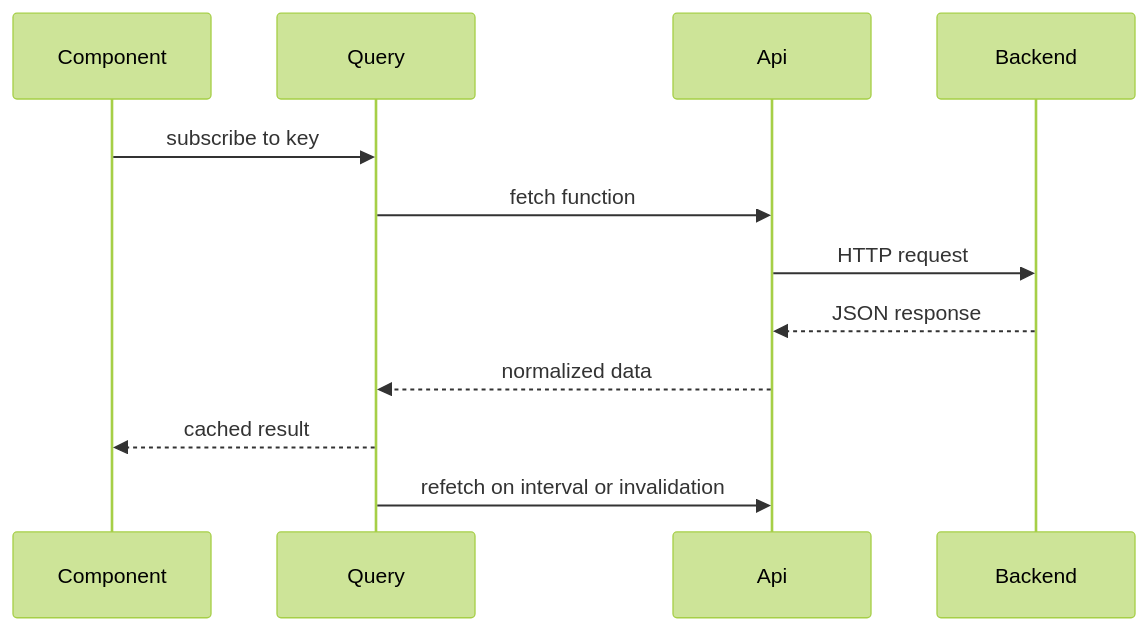
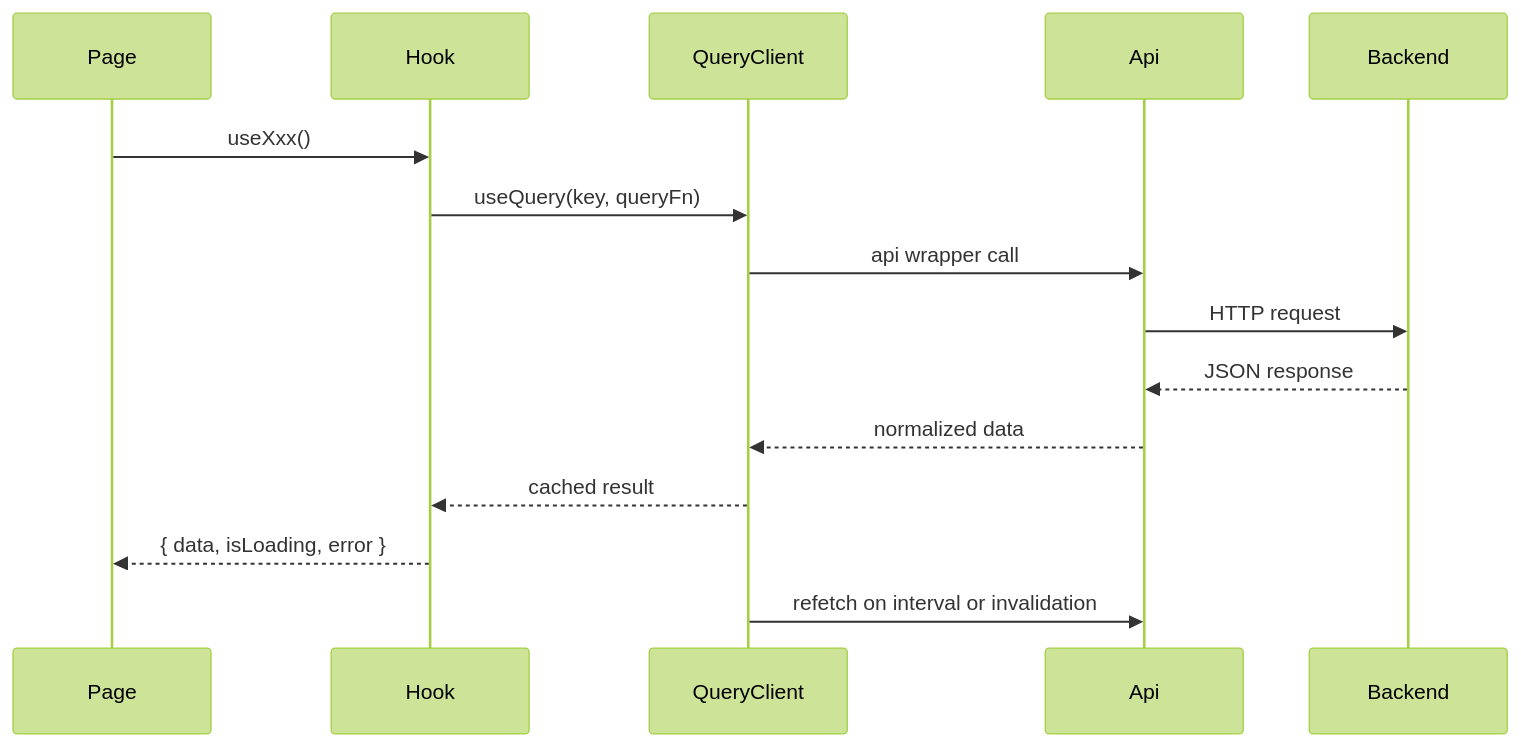
The fifth of 5 diagrams in docs/bruinnest-frontend-architecture.md (bruinnest-team/bruinnest), drawn with Mermaid (forest theme) before and after one commit. The commit also changed other lines of this file and 50 other files, not shown here.

````diff
--- a/docs/bruinnest-frontend-architecture.md
+++ b/docs/bruinnest-frontend-architecture.md
@@ -655,15 +926,18 @@
 ```mermaid
 sequenceDiagram
-    participant Component
-    participant Query
+    participant Page
+    participant Hook
+    participant QueryClient
     participant Api
     participant Backend
 
-    Component->>Query: subscribe to key
-    Query->>Api: fetch function
+    Page->>Hook: useXxx()
+    Hook->>QueryClient: useQuery(key, queryFn)
+    QueryClient->>Api: api wrapper call
     Api->>Backend: HTTP request
     Backend-->>Api: JSON response
-    Api-->>Query: normalized data
-    Query-->>Component: cached result
-    Query->>Api: refetch on interval or invalidation
+    Api-->>QueryClient: normalized data
+    QueryClient-->>Hook: cached result
+    Hook-->>Page: { data, isLoading, error }
+    QueryClient->>Api: refetch on interval or invalidation
 ```
````
